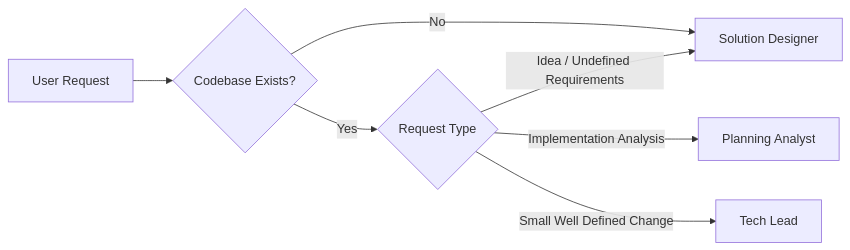
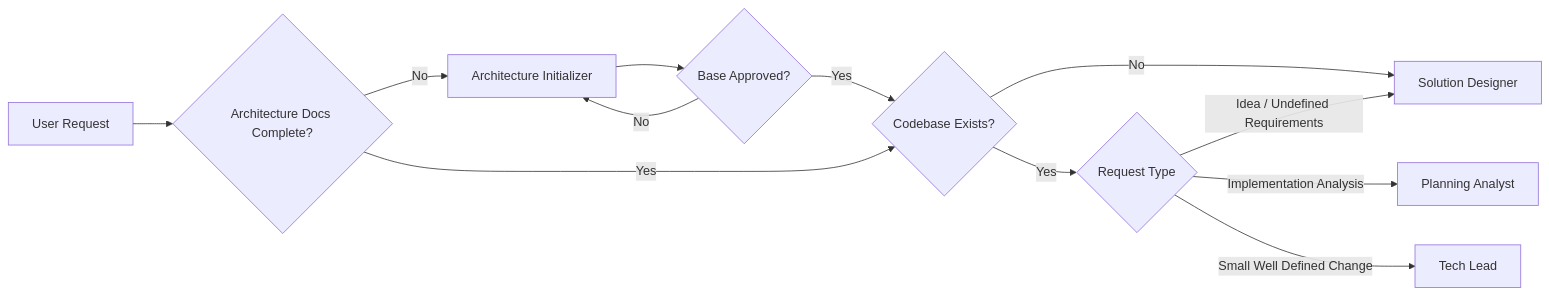
Before and after one commit to Xounder/delivery-pipeline: the diagram in skills/workflow-router/SKILL.md, drawn with Mermaid. The commit also changed other lines of this file and 15 other files, not shown here.

````diff
--- a/skills/workflow-router/SKILL.md
+++ b/skills/workflow-router/SKILL.md
@@ -18,15 +33,24 @@
 ```mermaid
 flowchart LR
 
-A[User Request] --> B{Codebase Exists?}
+A[User Request] --> AI{Architecture Docs Complete?}
+
+AI -->|No| ABI[Architecture Initializer]
+
+ABI --> AB_APPROVAL{Base Approved?}
+
+AB_APPROVAL -->|No| ABI
+AB_APPROVAL -->|Yes| B{Codebase Exists?}
+
+AI -->|Yes| B{Codebase Exists?}
 
 B -->|No| SD[Solution Designer]
 
 B -->|Yes| C{Request Type}
 
 C -->|Idea / Undefined Requirements| SD
 
 C -->|Implementation Analysis| PA[Planning Analyst]
 
 C -->|Small Well Defined Change| TL[Tech Lead]
 ```
````
